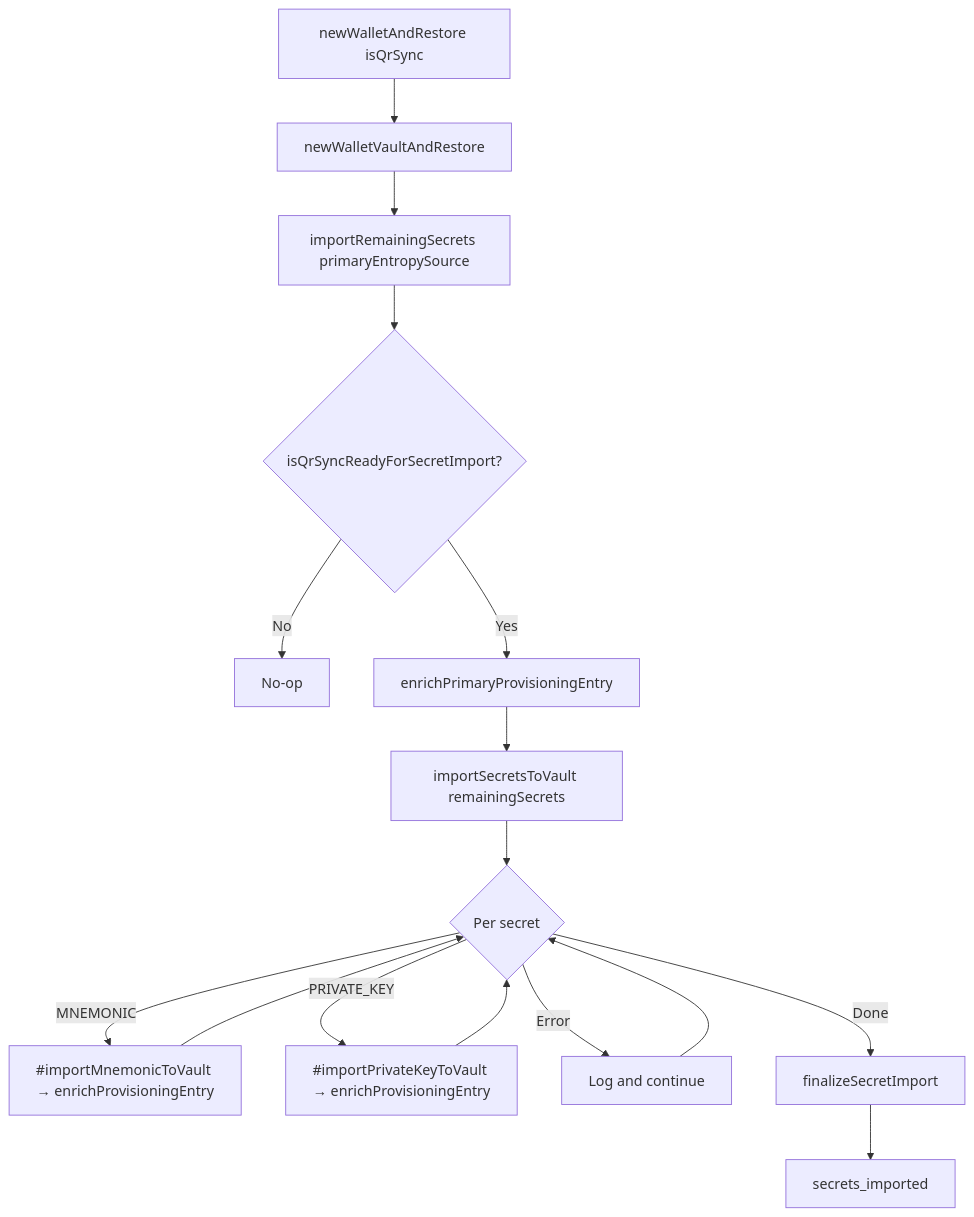
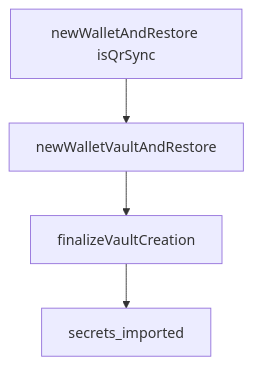
Before and after one commit to MetaMask/metamask-mobile: the third of 4 diagrams in docs/qr-sync/provisioning-technical.md, drawn with Mermaid. The commit also changed other lines of this file and 1 other file, not shown here.

````diff
--- a/docs/qr-sync/provisioning-technical.md
+++ b/docs/qr-sync/provisioning-technical.md
@@ -208,18 +191,6 @@
 ```mermaid
 flowchart TD
     A[newWalletAndRestore isQrSync] --> B[newWalletVaultAndRestore]
-    B --> C[importRemainingSecrets primaryEntropySource]
-    C --> D{isQrSyncReadyForSecretImport?}
-    D -->|No| Z[No-op]
-    D -->|Yes| E[enrichPrimaryProvisioningEntry]
-    E --> F[importSecretsToVault remainingSecrets]
-    F --> G{Per secret}
-    G -->|MNEMONIC| H[#importMnemonicToVault → enrichProvisioningEntry]
-    G -->|PRIVATE_KEY| I[#importPrivateKeyToVault → enrichProvisioningEntry]
-    G -->|Error| J[Log and continue]
-    H --> G
-    I --> G
-    J --> G
-    G -->|Done| K[finalizeSecretImport]
-    K --> L[secrets_imported]
+    B --> C[finalizeVaultCreation]
+    C --> D[secrets_imported]
 ```
````
